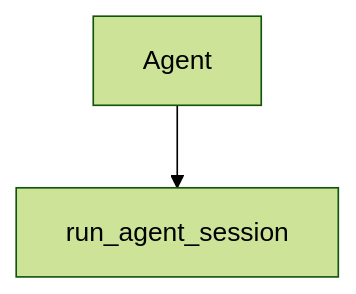
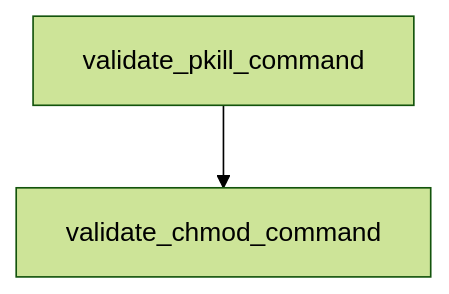
The diagram in tutorials/claude-quickstarts-tutorial/02-customer-support-agents.md (johnxie/awesome-code-docs), drawn with Mermaid (forest theme) before and after one commit. The commit also changed other lines of this file and 1232 other files, not shown here.

````diff
--- a/tutorials/claude-quickstarts-tutorial/02-customer-support-agents.md
+++ b/tutorials/claude-quickstarts-tutorial/02-customer-support-agents.md
@@ -181,6 +181,6 @@
 ```mermaid
 flowchart TD
-    A[Agent]
-    B[run_agent_session]
+    A[validate_pkill_command]
+    B[validate_chmod_command]
     A --> B
 ```
````
